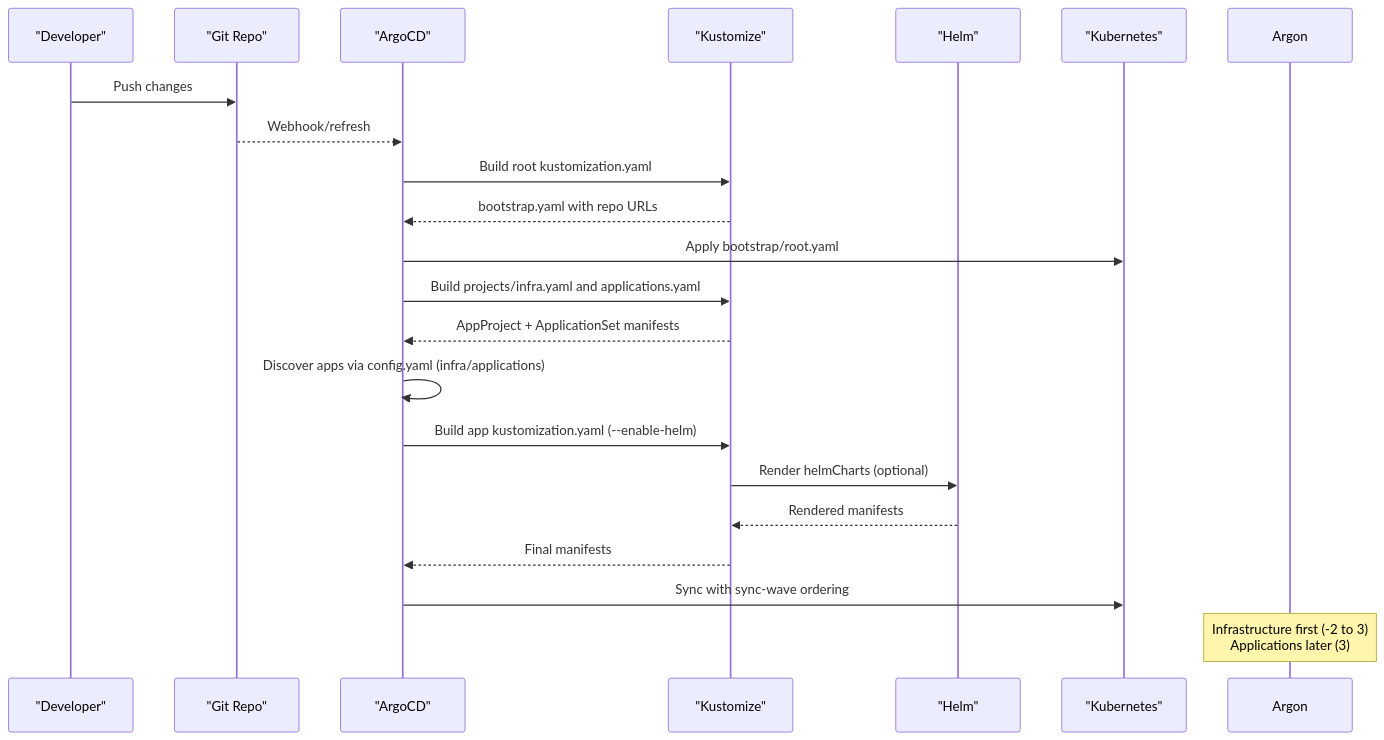
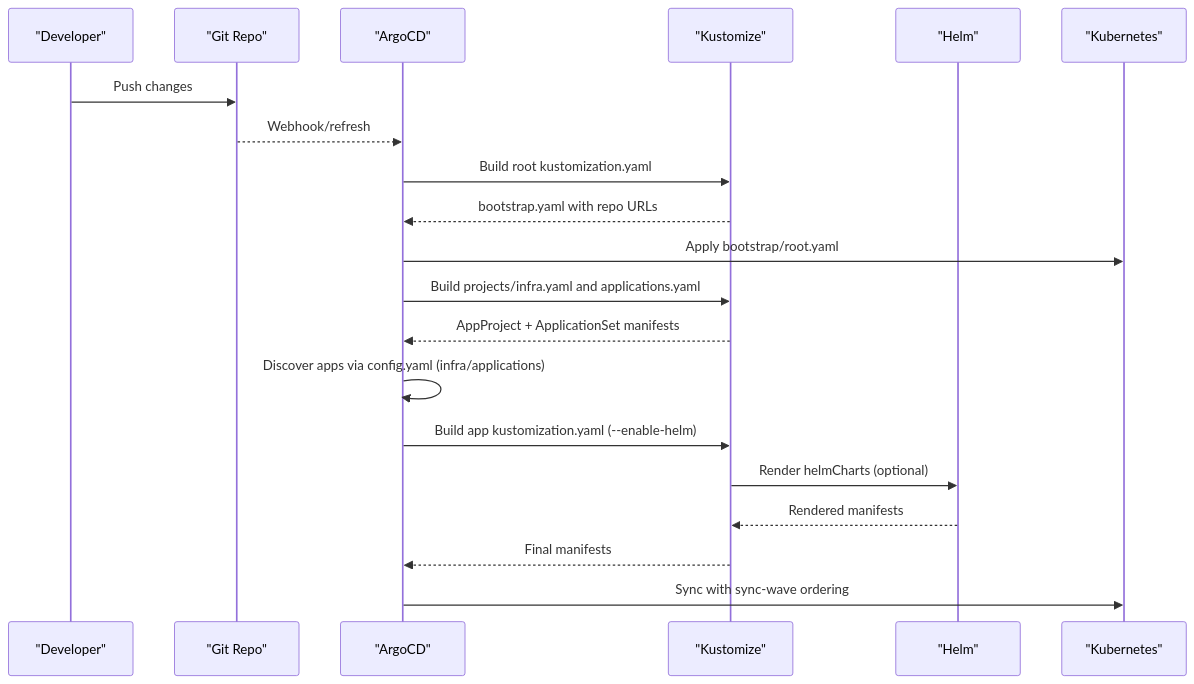
One commit to Hoangvu75/k8s_manifest changed the second of 3 diagrams in .qoder/repowiki/en/content/Application Configuration/Application Structure and Organization.md. Above: the diagram before and after it, drawn with Mermaid. The commit also changed other lines of this file and 31 other files, not shown here.

````diff
--- a/.qoder/repowiki/en/content/Application Configuration/Application Structure and Organization.md
+++ b/.qoder/repowiki/en/content/Application Configuration/Application Structure and Organization.md
@@ -120,23 +111,22 @@
 ```mermaid
 sequenceDiagram
 participant Dev as "Developer"
 participant Repo as "Git Repo"
 participant Argo as "ArgoCD"
 participant KS as "Kustomize"
 participant Helm as "Helm"
 participant K8s as "Kubernetes"
 Dev->>Repo : Push changes
 Repo-->>Argo : Webhook/refresh
 Argo->>KS : Build root kustomization.yaml
 KS-->>Argo : bootstrap.yaml with repo URLs
 Argo->>K8s : Apply bootstrap/root.yaml
 Argo->>KS : Build projects/infra.yaml and applications.yaml
 KS-->>Argo : AppProject + ApplicationSet manifests
 Argo->>Argo : Discover apps via config.yaml (infra/applications)
 Argo->>KS : Build app kustomization.yaml (--enable-helm)
 KS->>Helm : Render helmCharts (optional)
 Helm-->>KS : Rendered manifests
 KS-->>Argo : Final manifests
 Argo->>K8s : Sync with sync-wave ordering
-Note over Argon : Infrastructure first (-2 to 3)<br/>Applications later (3)
 ```
````
